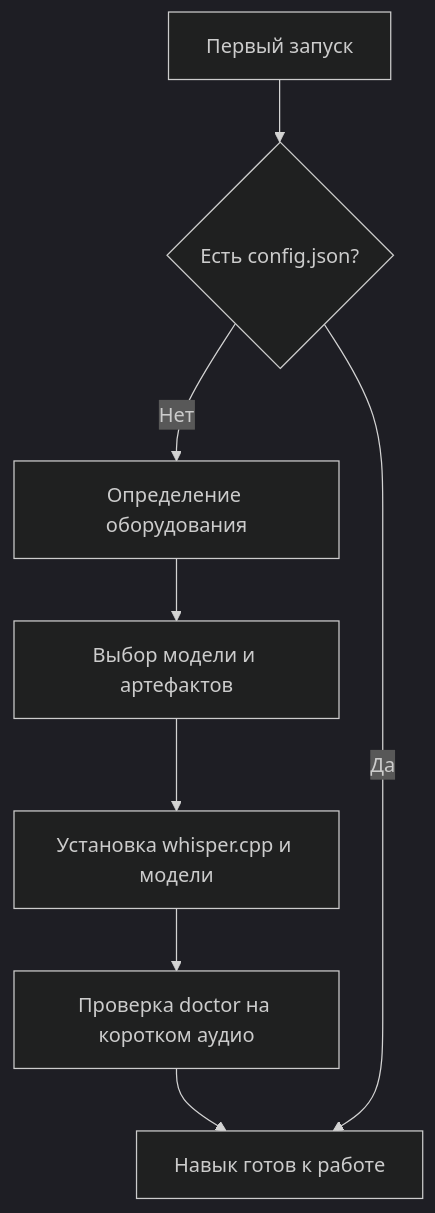
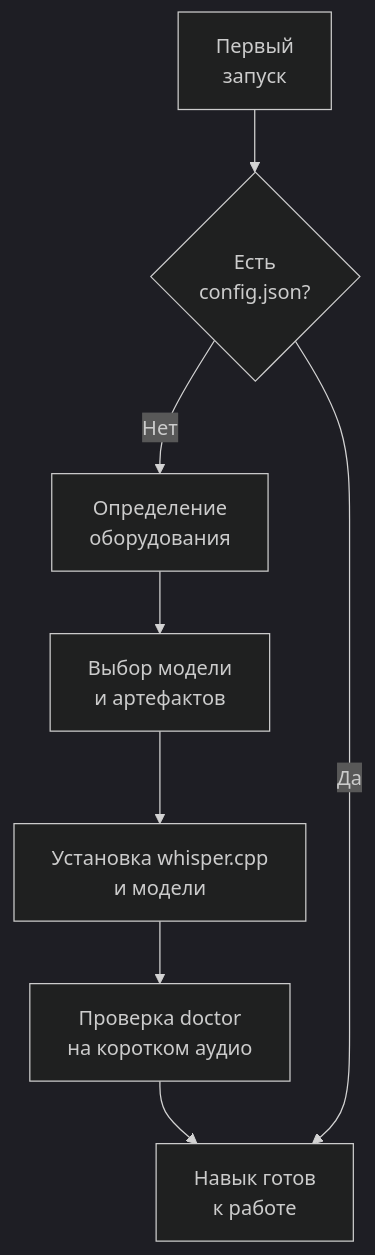
The first of 3 diagrams in README.md (yakumuro/meetings_transcriber_skill), drawn with Mermaid (dark theme) before and after one commit. The commit also changed other lines of this file, not shown here.

````diff
--- a/README.md
+++ b/README.md
@@ -47,10 +50,10 @@
 ```mermaid
 flowchart TD
-    A["Первый запуск"] --> B{"Есть config.json?"}
-    B -- "Нет" --> C["Определение оборудования"]
-    C --> D["Выбор модели и артефактов"]
-    D --> E["Установка whisper.cpp и модели"]
-    E --> F["Проверка doctor на коротком аудио"]
-    F --> G["Навык готов к работе"]
+    A["Первый<br/>запуск"] --> B{"Есть<br/>config.json?"}
+    B -- "Нет" --> C["Определение<br/>оборудования"]
+    C --> D["Выбор модели<br/>и артефактов"]
+    D --> E["Установка whisper.cpp<br/>и модели"]
+    E --> F["Проверка doctor<br/>на коротком аудио"]
+    F --> G["Навык готов<br/>к работе"]
     B -- "Да" --> G
 ```
````
